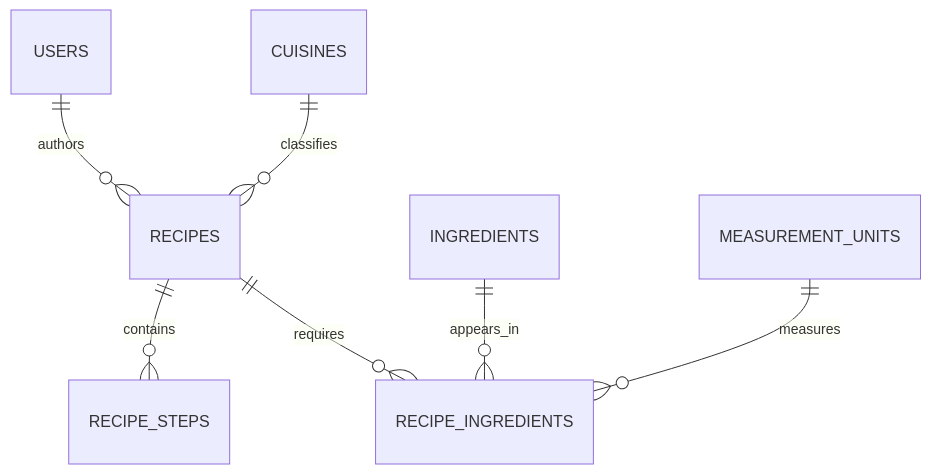
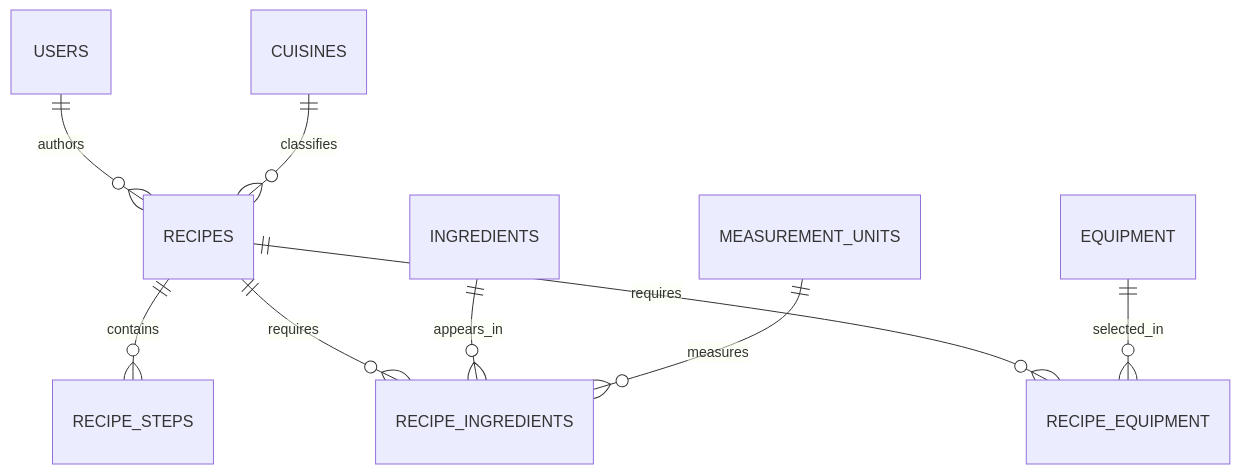
The diagram in docs/database/erd/03-recipe-authoring.md (lztt713/13_unimeal), drawn with Mermaid before and after one commit. The commit also changed other lines of this file and 5 other files, not shown here.

Commit message:
Add database support for recipe equipment and allergen mappings

````diff
--- a/docs/database/erd/03-recipe-authoring.md
+++ b/docs/database/erd/03-recipe-authoring.md
@@ -7,9 +7,11 @@
 ```mermaid
 erDiagram
   USERS ||--o{ RECIPES : authors
   CUISINES ||--o{ RECIPES : classifies
   RECIPES ||--o{ RECIPE_STEPS : contains
   RECIPES ||--o{ RECIPE_INGREDIENTS : requires
   INGREDIENTS ||--o{ RECIPE_INGREDIENTS : appears_in
   MEASUREMENT_UNITS ||--o{ RECIPE_INGREDIENTS : measures
+  RECIPES ||--o{ RECIPE_EQUIPMENT : requires
+  EQUIPMENT ||--o{ RECIPE_EQUIPMENT : selected_in
 ```
````
